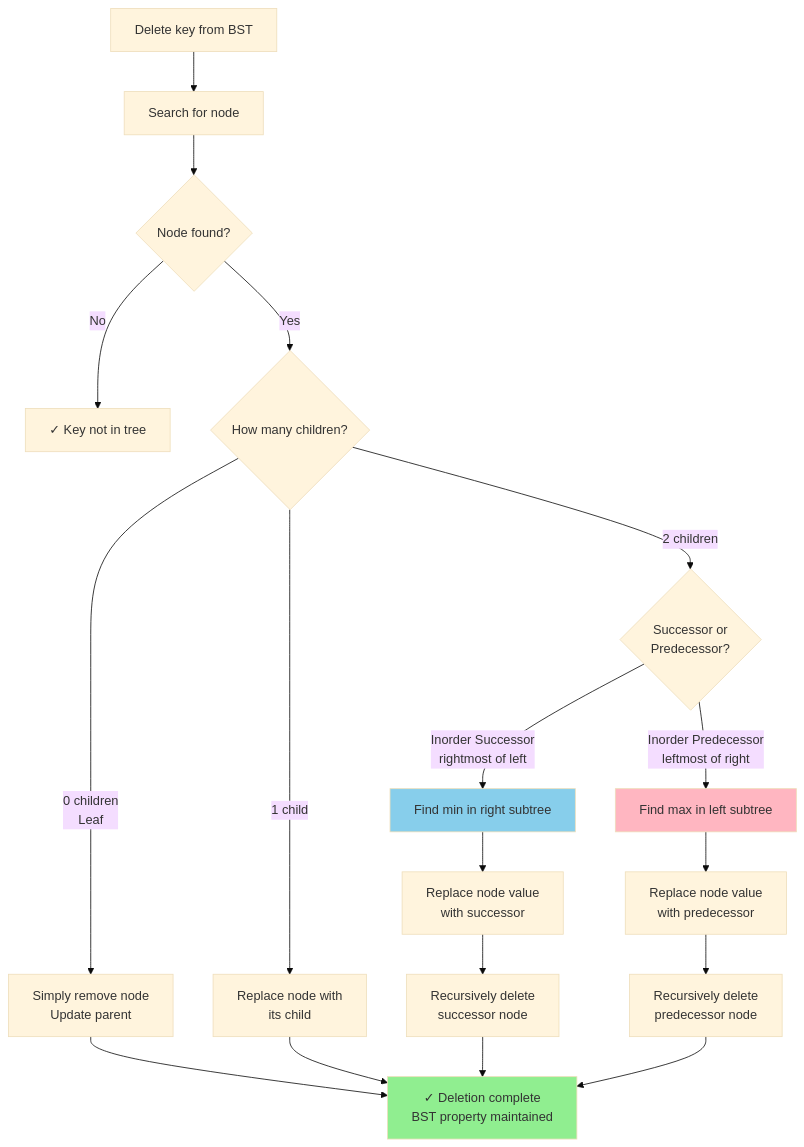
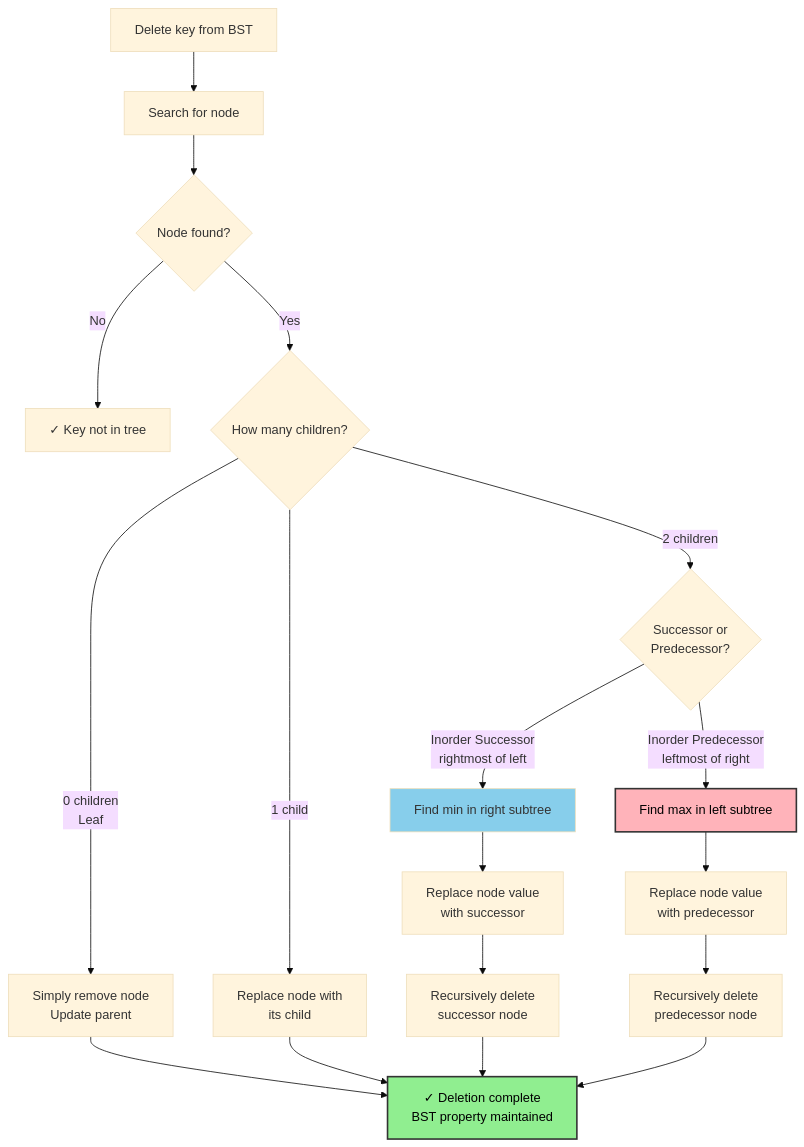
One commit to souradeepta/interviewprep changed the second of 3 diagrams in docs/advanced/bst.md. Above: the diagram before and after it, drawn with Mermaid (base theme). The commit also changed other lines of this file and 31 other files, not shown here.

Commit message:
updated graphs

````diff
--- a/docs/advanced/bst.md
+++ b/docs/advanced/bst.md
@@ -42,28 +42,28 @@
 ```mermaid
 graph TD
     A["Delete key from BST"] --> B["Search for node"]
     B --> C{"Node found?"}
     C -->|No| D["✓ Key not in tree"]
     C -->|Yes| E{"How many children?"}
     
     E -->|0 children<br/>Leaf| F["Simply remove node<br/>Update parent"]
     E -->|1 child| G["Replace node with<br/>its child"]
     E -->|2 children| H{"Successor or<br/>Predecessor?"}
     
     H -->|Inorder Successor<br/>rightmost of left| I["Find min in right subtree"]
     H -->|Inorder Predecessor<br/>leftmost of right| J["Find max in left subtree"]
     
     I --> K["Replace node value<br/>with successor"]
     J --> L["Replace node value<br/>with predecessor"]
     K --> M["Recursively delete<br/>successor node"]
     L --> N["Recursively delete<br/>predecessor node"]
     
     F --> O["✓ Deletion complete<br/>BST property maintained"]
     G --> O
     M --> O
     N --> O
     
-    style O fill:#90EE90
+    style O fill:#90ee90,color:#000,stroke:#333,stroke-width:2px
     style I fill:#87CEEB
-    style J fill:#FFB6C1
+    style J fill:#ffb3ba,color:#000,stroke:#333,stroke-width:2px
 ```
````
